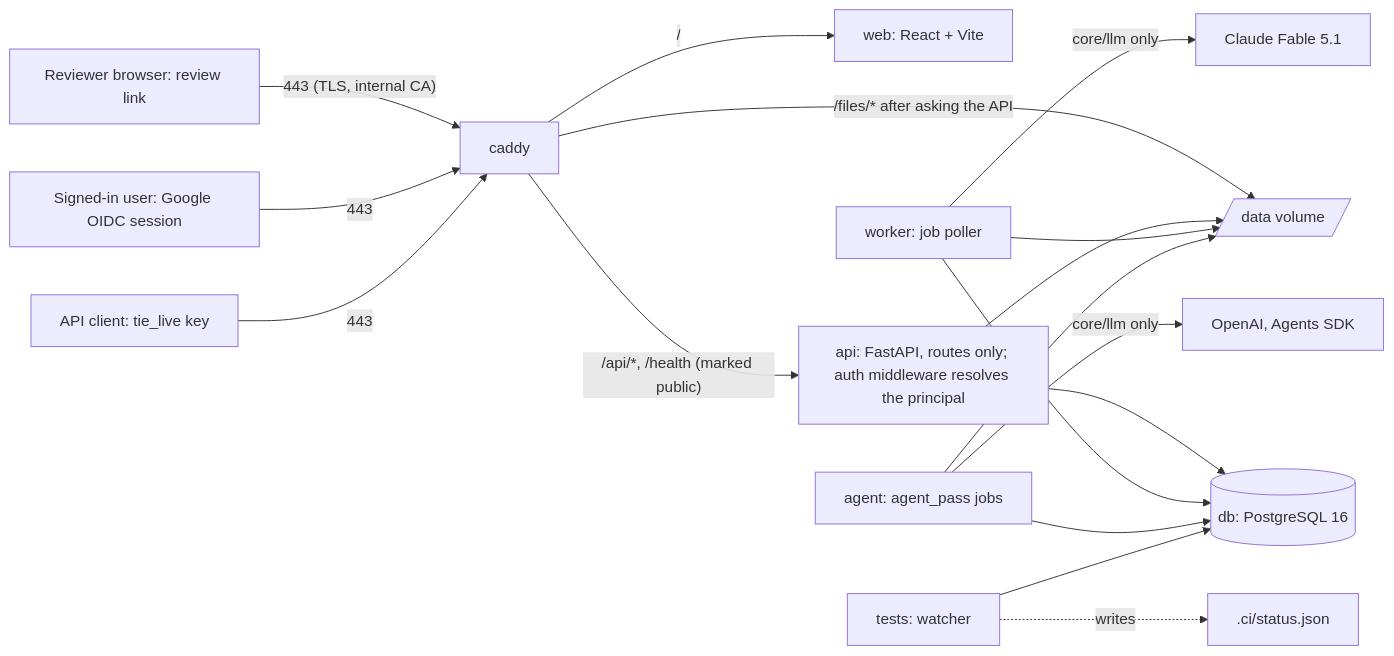
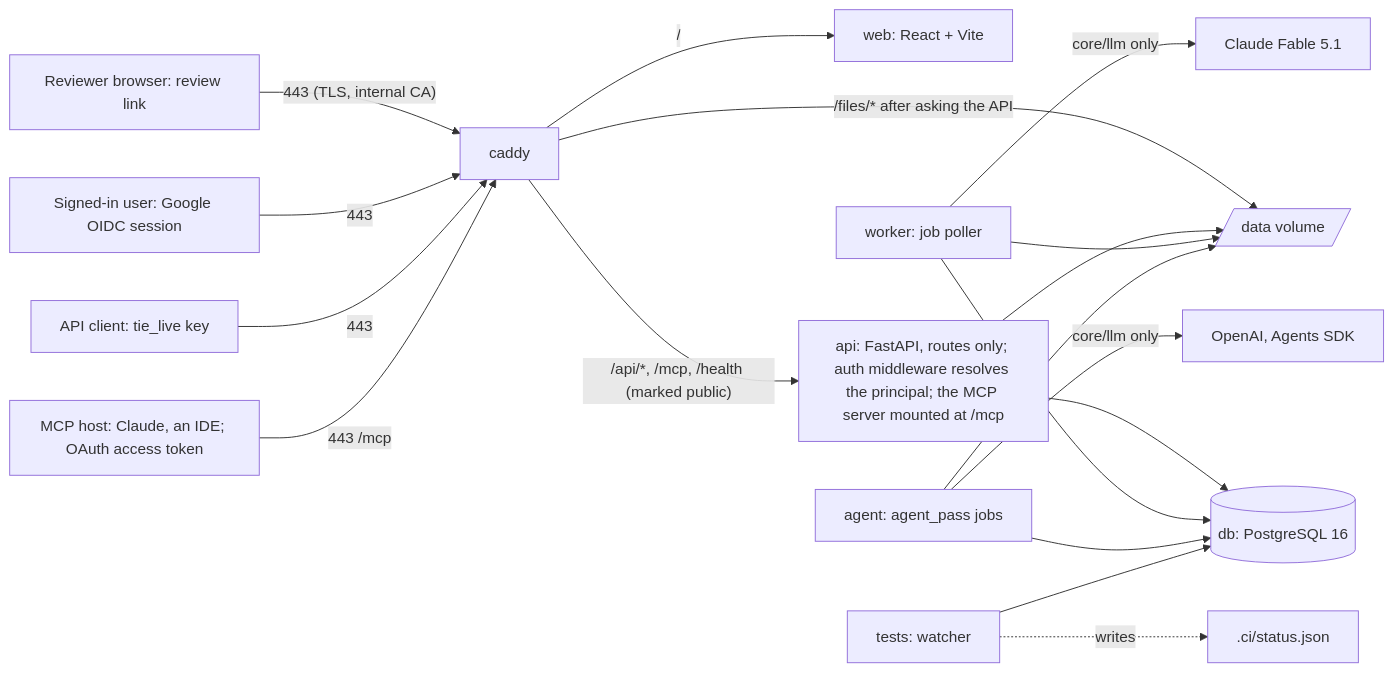
The first of 2 diagrams in docs/ARCHITECTURE.md (Ergplan/tender_engine), drawn with Mermaid before and after one commit. The commit also changed other lines of this file and 55 other files, not shown here.

````diff
--- a/docs/ARCHITECTURE.md
+++ b/docs/ARCHITECTURE.md
@@ -7,19 +7,20 @@
 ```mermaid
 flowchart LR
   R[Reviewer browser: review link] -- "443 (TLS, internal CA)" --> C[caddy]
   U[Signed-in user: Google OIDC session] -- 443 --> C
   P[API client: tie_live key] -- 443 --> C
+  H[MCP host: Claude, an IDE; OAuth access token] -- "443 /mcp" --> C
   C -- "/" --> W[web: React + Vite]
-  C -- "/api/*, /health (marked public)" --> A[api: FastAPI, routes only; auth middleware resolves the principal]
+  C -- "/api/*, /mcp, /health (marked public)" --> A[api: FastAPI, routes only; auth middleware resolves the principal; the MCP server mounted at /mcp]
   C -- "/files/* after asking the API" --> V
   A --> D[(db: PostgreSQL 16)]
   K[worker: job poller] --> D
   A --> V[/data volume/]
   K --> V
   K -- "core/llm only" --> L[Claude Fable 5.1]
   G[agent: agent_pass jobs] --> D
   G --> V
   G -- "core/llm only" --> O[OpenAI, Agents SDK]
   T[tests: watcher] --> D
   T -. writes .-> S[.ci/status.json]
 ```
````
